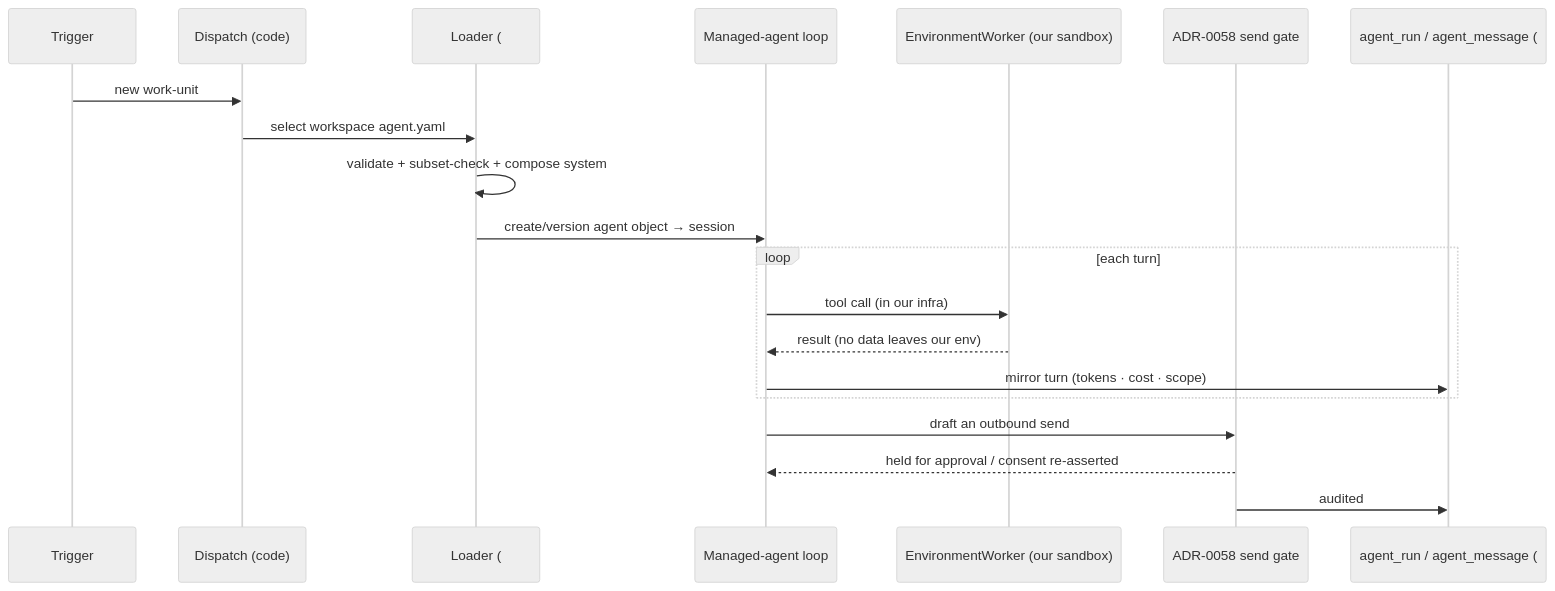
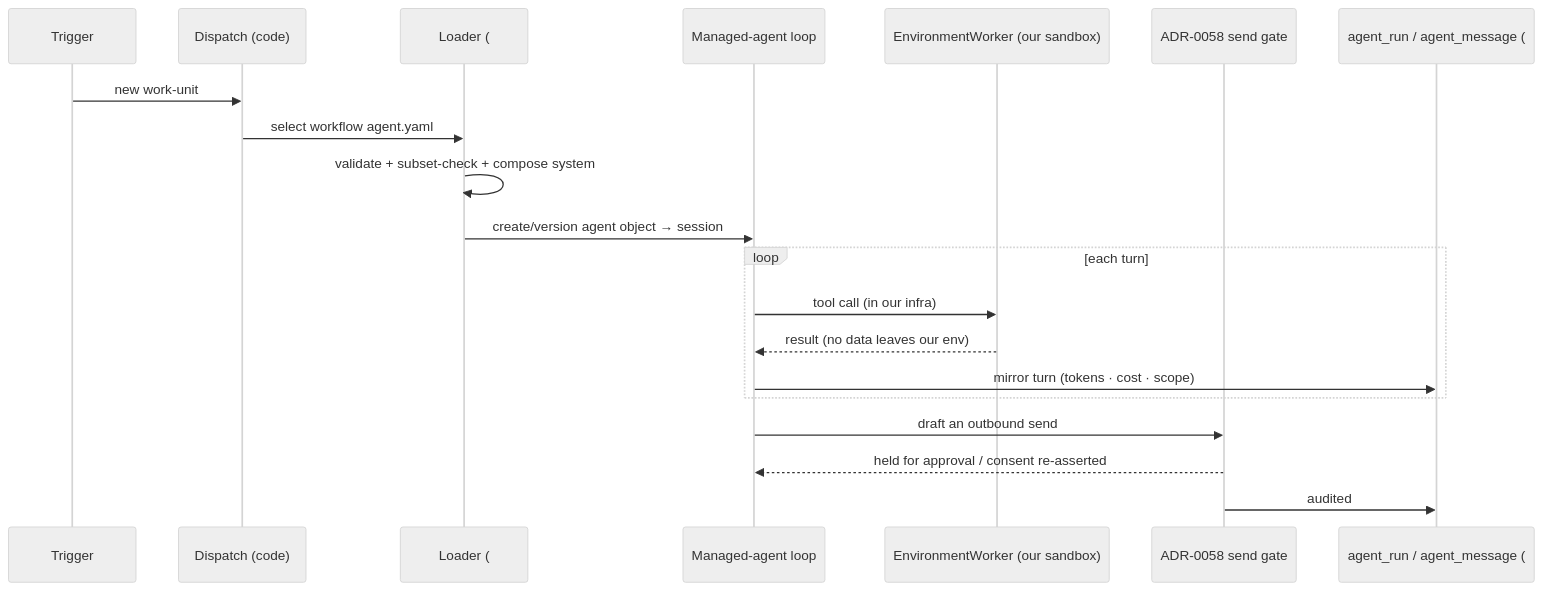
One commit to markdconnelly/ImperionCRM changed the second of 2 diagrams in docs/agents/cma-runtime.md. Above: the diagram before and after it, drawn with Mermaid (neutral theme). The commit also changed other lines of this file and 14 other files, not shown here.

Commit message:
docs(icm): rename Layer-2 'workspace'->'workflow'; domain = 'workspace' (#1065)

````diff
--- a/docs/agents/cma-runtime.md
+++ b/docs/agents/cma-runtime.md
@@ -75,22 +75,22 @@
 ```mermaid
 sequenceDiagram
     participant T as Trigger
     participant D as Dispatch (code)
     participant Ld as Loader (#162)
     participant CMA as Managed-agent loop
     participant W as EnvironmentWorker (our sandbox)
     participant G as ADR-0058 send gate
     participant L as agent_run / agent_message (#163)
     T->>D: new work-unit
-    D->>Ld: select workspace agent.yaml
+    D->>Ld: select workflow agent.yaml
     Ld->>Ld: validate + subset-check + compose system
     Ld->>CMA: create/version agent object → session
     loop each turn
         CMA->>W: tool call (in our infra)
         W-->>CMA: result (no data leaves our env)
         CMA->>L: mirror turn (tokens · cost · scope)
     end
     CMA->>G: draft an outbound send
     G-->>CMA: held for approval / consent re-asserted
     G->>L: audited
 ```
````
